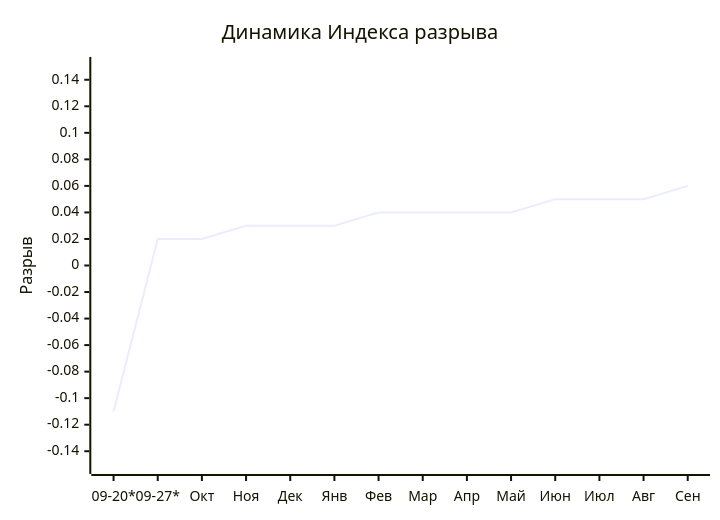
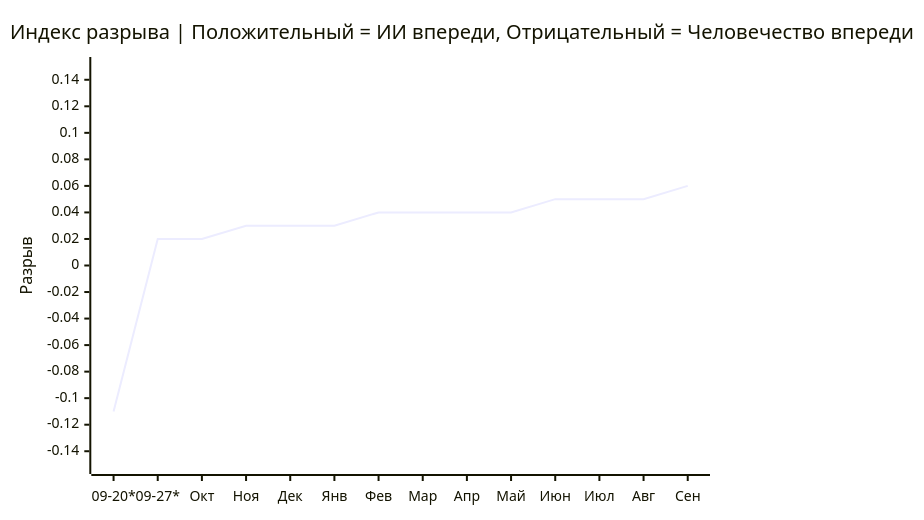
The second of 2 diagrams in README.ru.md (VQQLK/Human-AI-Monitor), drawn with Mermaid before and after one commit. The commit also changed other lines of this file and 2 other files, not shown here.

First line of the commit message:
feat(docs): use bars + line combo chart for instant identification

````diff
--- a/README.ru.md
+++ b/README.ru.md
@@ -40,7 +45,7 @@
 ```mermaid
 xychart-beta
-    title "Динамика Индекса разрыва"
+    title "Индекс разрыва | Положительный = ИИ впереди, Отрицательный = Человечество впереди"
     x-axis ["09-20*", "09-27*", "Окт", "Ноя", "Дек", "Янв", "Фев", "Мар", "Апр", "Май", "Июн", "Июл", "Авг", "Сен"]
     y-axis "Разрыв" -0.15 --> 0.15
     line [-0.11, 0.02, 0.02, 0.03, 0.03, 0.03, 0.04, 0.04, 0.04, 0.04, 0.05, 0.05, 0.05, 0.06]
 ```
````
